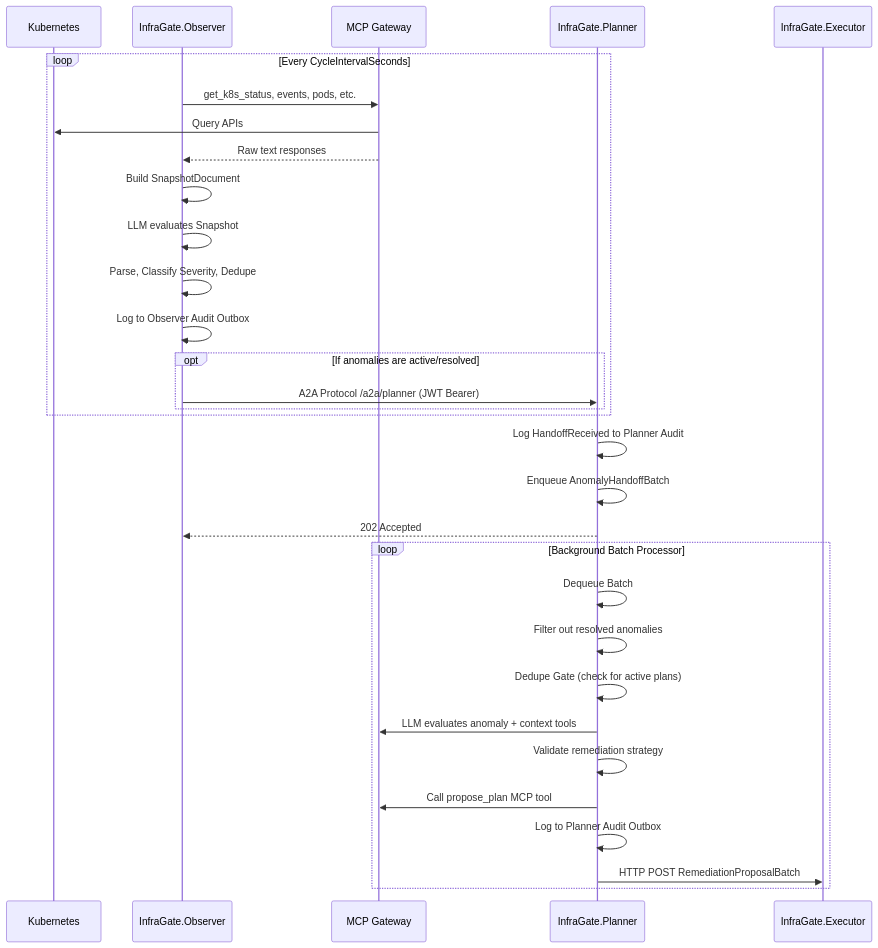
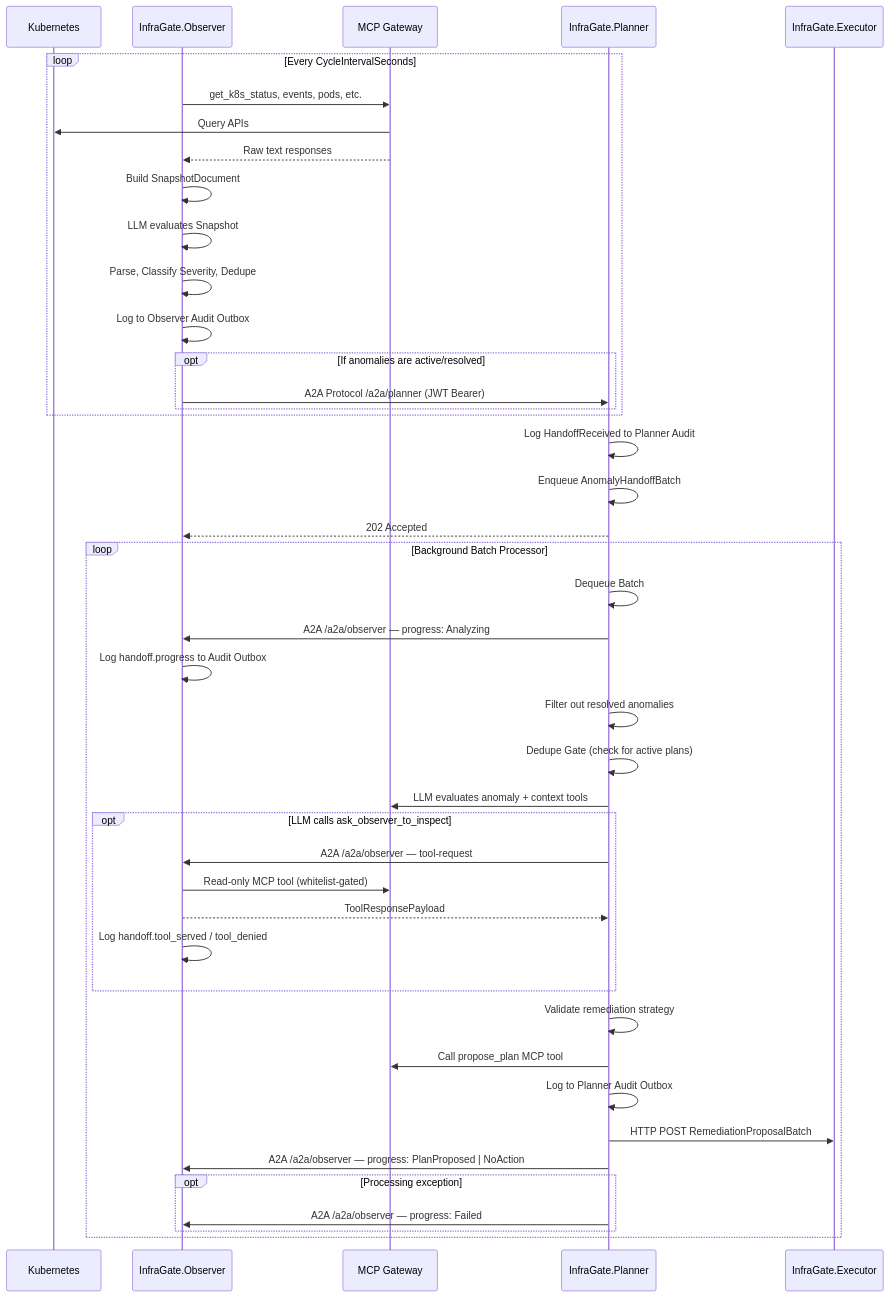
One commit to mirusser/Kubernetes-MCP-Guard changed the fifth of 5 diagrams in docs/observer-planner-flow.md. Above: the diagram before and after it, drawn with Mermaid. The commit also changed other lines of this file and 37 other files, not shown here.

````diff
--- a/docs/observer-planner-flow.md
+++ b/docs/observer-planner-flow.md
@@ -116,36 +127,48 @@
 ```mermaid
 sequenceDiagram
     participant K8s as Kubernetes
     participant Obs as InfraGate.Observer
     participant Gateway as MCP Gateway
     participant Plan as InfraGate.Planner
     participant Exec as InfraGate.Executor
 
     loop Every CycleIntervalSeconds
         Obs->>Gateway: get_k8s_status, events, pods, etc.
         Gateway->>K8s: Query APIs
         Gateway-->>Obs: Raw text responses
         Obs->>Obs: Build SnapshotDocument
         Obs->>Obs: LLM evaluates Snapshot
         Obs->>Obs: Parse, Classify Severity, Dedupe
         Obs->>Obs: Log to Observer Audit Outbox
         opt If anomalies are active/resolved
             Obs->>Plan: A2A Protocol /a2a/planner (JWT Bearer)
         end
     end
 
     Plan->>Plan: Log HandoffReceived to Planner Audit
     Plan->>Plan: Enqueue AnomalyHandoffBatch
     Plan-->>Obs: 202 Accepted
     
     loop Background Batch Processor
         Plan->>Plan: Dequeue Batch
+        Plan->>Obs: A2A /a2a/observer — progress: Analyzing
+        Obs->>Obs: Log handoff.progress to Audit Outbox
         Plan->>Plan: Filter out resolved anomalies
         Plan->>Plan: Dedupe Gate (check for active plans)
         Plan->>Gateway: LLM evaluates anomaly + context tools
+        opt LLM calls ask_observer_to_inspect
+            Plan->>Obs: A2A /a2a/observer — tool-request
+            Obs->>Gateway: Read-only MCP tool (whitelist-gated)
+            Obs-->>Plan: ToolResponsePayload
+            Obs->>Obs: Log handoff.tool_served / tool_denied
+        end
         Plan->>Plan: Validate remediation strategy
         Plan->>Gateway: Call propose_plan MCP tool
         Plan->>Plan: Log to Planner Audit Outbox
         Plan->>Exec: HTTP POST RemediationProposalBatch
+        Plan->>Obs: A2A /a2a/observer — progress: PlanProposed | NoAction
+        opt Processing exception
+            Plan->>Obs: A2A /a2a/observer — progress: Failed
+        end
     end
 ```
````
